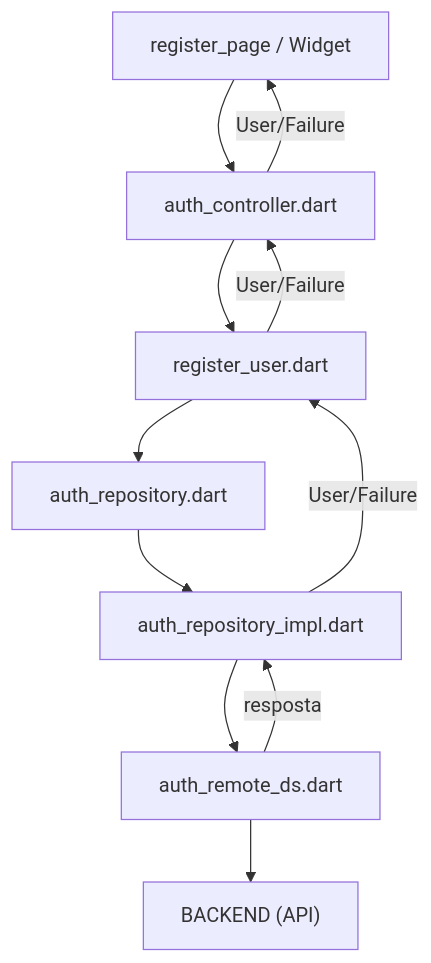
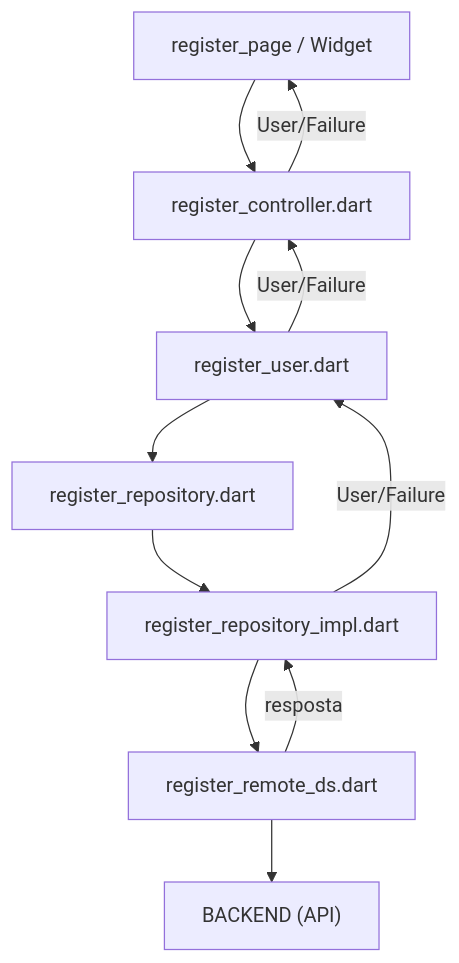
Before and after one commit to git-GMHammes/codeigniter56300: the diagram in src/public/frontend_flutter/v1/lib/features/user/user.md, drawn with Mermaid. The commit also changed other lines of this file and 10 other files, not shown here.

````diff
--- a/src/public/frontend_flutter/v1/lib/features/user/user.md
+++ b/src/public/frontend_flutter/v1/lib/features/user/user.md
@@ -33,13 +33,13 @@
 ```mermaid
 flowchart TD
-    Tela["register_page / Widget"] --> Controller["auth_controller.dart"]
+    Tela["register_page / Widget"] --> Controller["register_controller.dart"]
     Controller --> Usecase["register_user.dart"]
-    Usecase --> RepoContr["auth_repository.dart"]
-    RepoContr --> RepoImpl["auth_repository_impl.dart"]
-    RepoImpl --> DataSource["auth_remote_ds.dart"]
+    Usecase --> RepoContr["register_repository.dart"]
+    RepoContr --> RepoImpl["register_repository_impl.dart"]
+    RepoImpl --> DataSource["register_remote_ds.dart"]
     DataSource --> API["BACKEND (API)"]
     DataSource -->|resposta| RepoImpl
     RepoImpl -->|User/Failure| Usecase
     Usecase -->|User/Failure| Controller
     Controller -->|User/Failure| Tela
 ```
````
